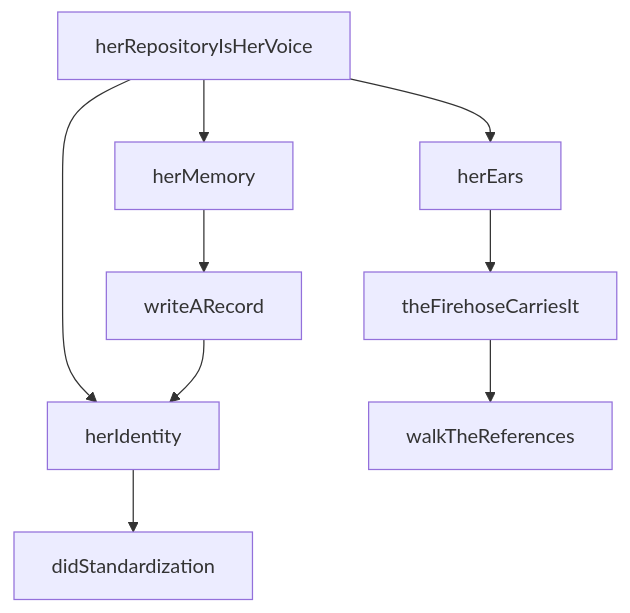
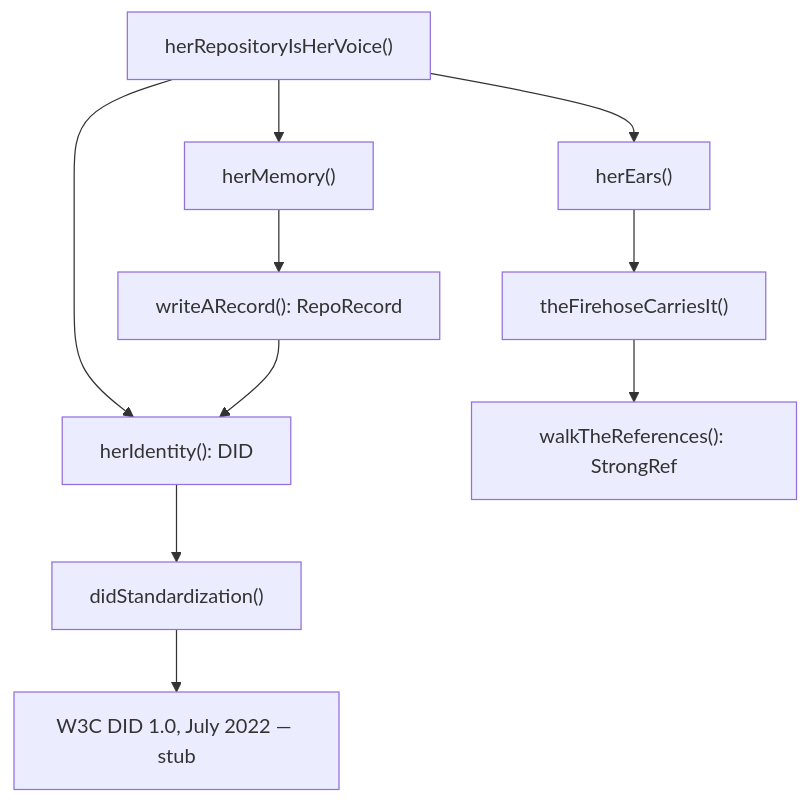
Before and after one commit to publicdomainrelay/open-architecture: the eighth of 9 diagrams in ARCHITECTURE_REPORT.md, drawn with Mermaid. The commit also changed other lines of this file and 3 other files, not shown here.

````diff
--- a/ARCHITECTURE_REPORT.md
+++ b/ARCHITECTURE_REPORT.md
@@ -350,11 +490,13 @@
 ```mermaid
 graph TD
-  herRepositoryIsHerVoice --> herIdentity
-  herRepositoryIsHerVoice --> herMemory
-  herRepositoryIsHerVoice --> herEars
-  herIdentity --> didStandardization
-  herMemory --> writeARecord
-  writeARecord --> herIdentity
-  herEars --> theFirehoseCarriesIt
-  theFirehoseCarriesIt --> walkTheReferences
+  voice["herRepositoryIsHerVoice()"]
+  voice --> ident["herIdentity(): DID"]
+  voice --> mem["herMemory()"]
+  voice --> ears["herEars()"]
+  ident --> didStd["didStandardization()"]
+  mem --> write["writeARecord(): RepoRecord"]
+  write --> ident
+  ears --> firehose["theFirehoseCarriesIt()"]
+  firehose --> walk["walkTheReferences(): StrongRef"]
+  didStd --> stubDID["W3C DID 1.0, July 2022 — stub"]
 ```
````
